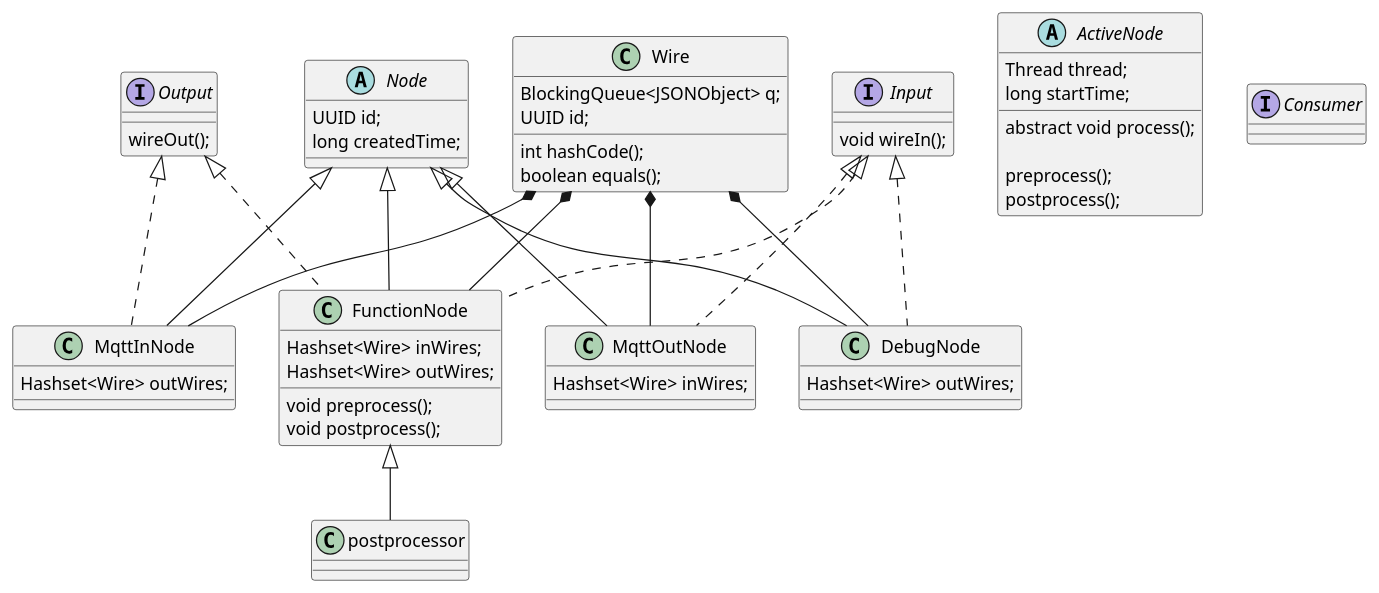
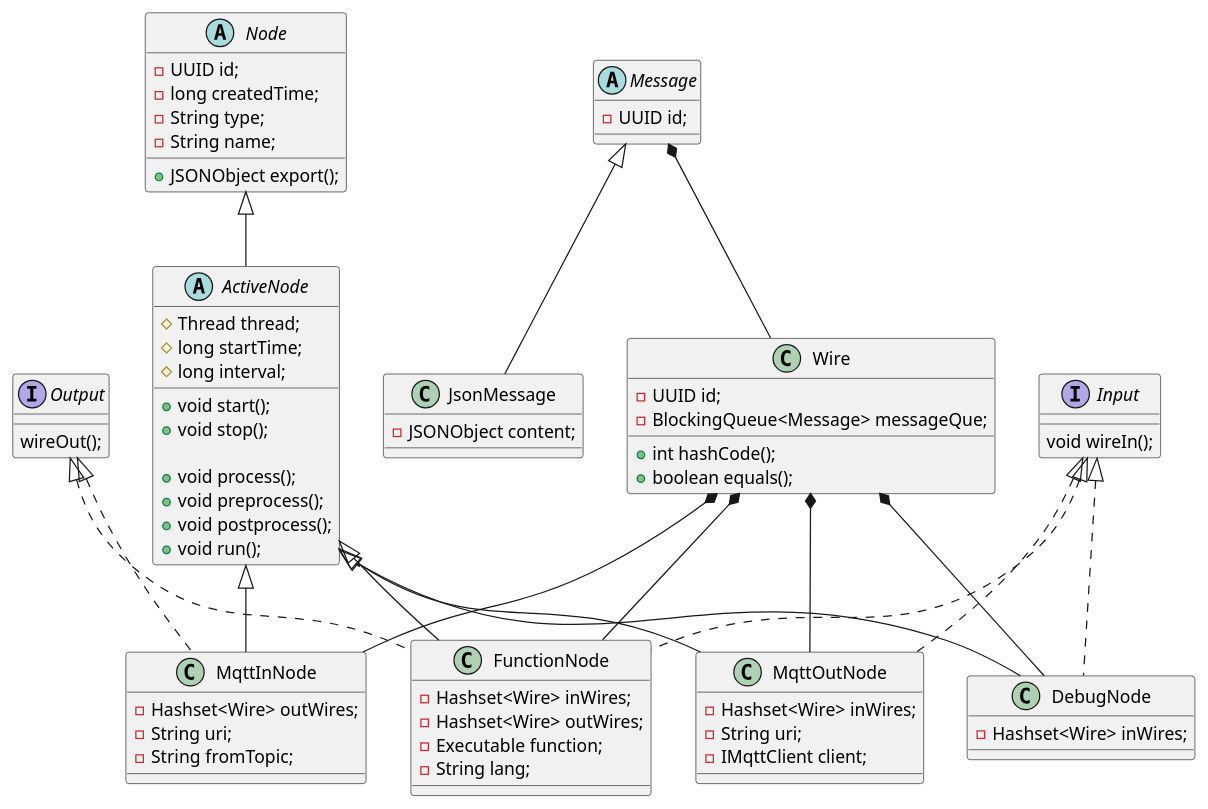
One commit to haedanui/mqtt_project changed the diagram in 구조.wsd. Above: the diagram before and after it, drawn with PlantUML.

Commit message:
[update] 현재 상태를 기준으로 업데이트

```diff
--- a/구조.wsd
+++ b/구조.wsd
@@ -1,78 +1,94 @@
-@startuml
+@startuml "mqtt project"
 
 abstract class Node {
-    UUID id;
-    long createdTime;
+    -UUID id;
+    -long createdTime;
+    -String type;
+    -String name;
+
+    +JSONObject export();
 }
 
 abstract class ActiveNode {
-    Thread thread;
-    long startTime;
+    #Thread thread;
+    #long startTime;
+    #long interval;
 
-    abstract void process();
+    +void start();
+    +void stop();
 
-    preprocess();
-    postprocess();
-
+    +void process();
+    +void preprocess();
+    +void postprocess();
+    +void run();
 }
 
 class Wire {
-    BlockingQueue<JSONObject> q;
-    UUID id;
+    -UUID id;
+    -BlockingQueue<Message> messageQue;
 
-    int hashCode();
-    boolean equals();
+    +int hashCode();
+    +boolean equals();
 }
 
 interface Output {
     wireOut();
 }
 
 interface Input {
     void wireIn();
 }
 
-interface Consumer {
-}
-
 class FunctionNode {
-    Hashset<Wire> inWires;
-    Hashset<Wire> outWires;
-
-    void preprocess();
-    void postprocess();
+    -Hashset<Wire> inWires;
+    -Hashset<Wire> outWires;
+    -Executable function;
+    -String lang;
 }
 
 class MqttInNode {
-    Hashset<Wire> outWires;
+    -Hashset<Wire> outWires;
+    -String uri;
+    -String fromTopic;
 }
 
 class MqttOutNode {
-    Hashset<Wire> inWires;
+    -Hashset<Wire> inWires;
+    -String uri;
+    -IMqttClient client;
 }
 
 class DebugNode {
-    Hashset<Wire> outWires;
+    -Hashset<Wire> inWires;
 }
 
-Node <|-- MqttInNode
-Node <|-- MqttOutNode
-Node <|-- FunctionNode
-Node <|-- DebugNode
+abstract class Message {
+    -UUID id;
+}
+
+class JsonMessage {
+    -JSONObject content;
+}
+
+Node <|-- ActiveNode
+
+ActiveNode <|-- MqttInNode
+ActiveNode <|-- MqttOutNode
+ActiveNode <|-- FunctionNode
+ActiveNode <|-- DebugNode
 
 Output <|.. MqttInNode
 Input <|.. MqttOutNode
-
 Output <|.. FunctionNode
 Input <|.. FunctionNode
 Input <|.. DebugNode
 
 Wire *-- FunctionNode
 Wire *-- MqttInNode
 Wire *-- MqttOutNode
 Wire *-- DebugNode
 
-FunctionNode <|-- postprocessor
-
+Message <|-- JsonMessage
+Message *-- Wire
 
 @enduml
```
